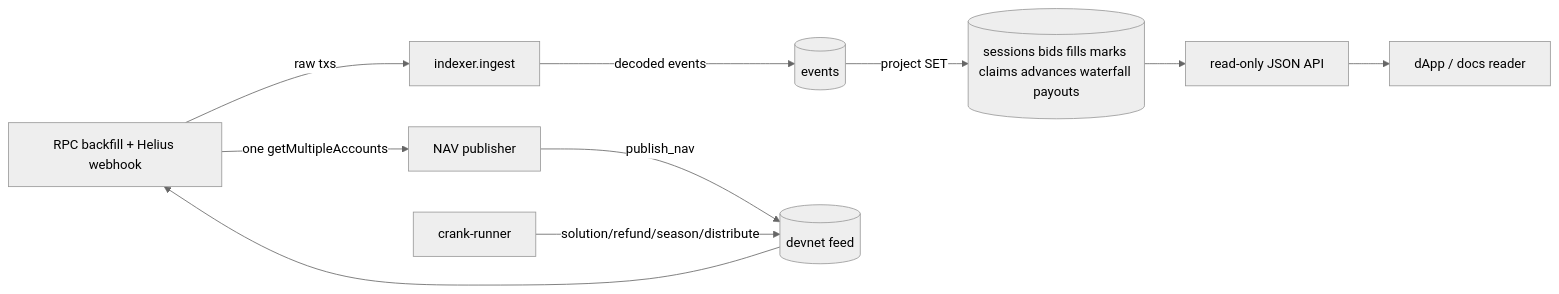
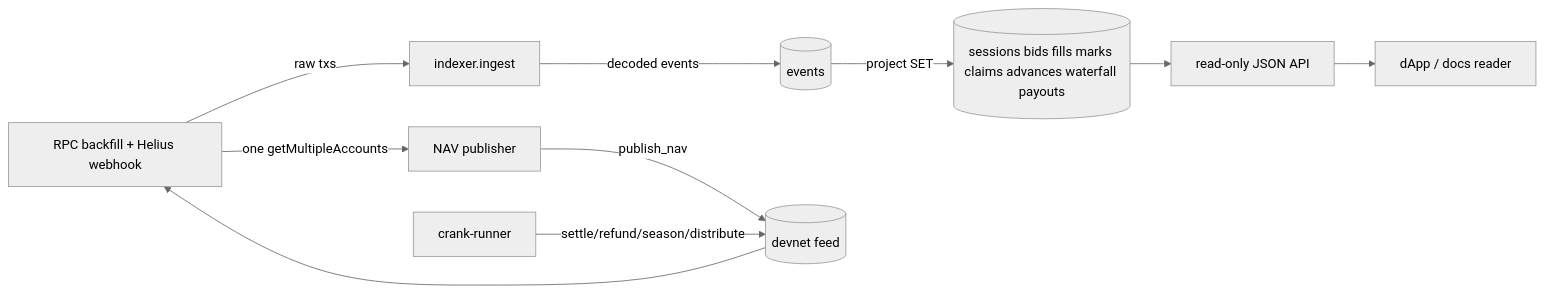
One commit to Srizdebnath/nundina changed the diagram in client/src/content/docs/13-off-chain-services.md. Above: the diagram before and after it, drawn with Mermaid (neutral theme). The commit also changed other lines of this file and 9 other files, not shown here.

````diff
--- a/client/src/content/docs/13-off-chain-services.md
+++ b/client/src/content/docs/13-off-chain-services.md
@@ -32,12 +32,12 @@
 ```mermaid
 flowchart LR
   RPC[RPC backfill + Helius webhook] -->|raw txs| IDX[indexer.ingest]
   IDX -->|decoded events| EV[(events)]
   EV -->|project SET| PROJ[(sessions bids fills marks claims advances waterfall payouts)]
   PROJ --> API[read-only JSON API]
   API --> APP[dApp / docs reader]
   RPC -->|one getMultipleAccounts| NAV[NAV publisher]
   NAV -->|publish_nav| CHAIN[(devnet feed)]
-  CRANK[crank-runner] -->|solution/refund/season/distribute| CHAIN
+  CRANK[crank-runner] -->|settle/refund/season/distribute| CHAIN
   CHAIN --> RPC
 ```
````
